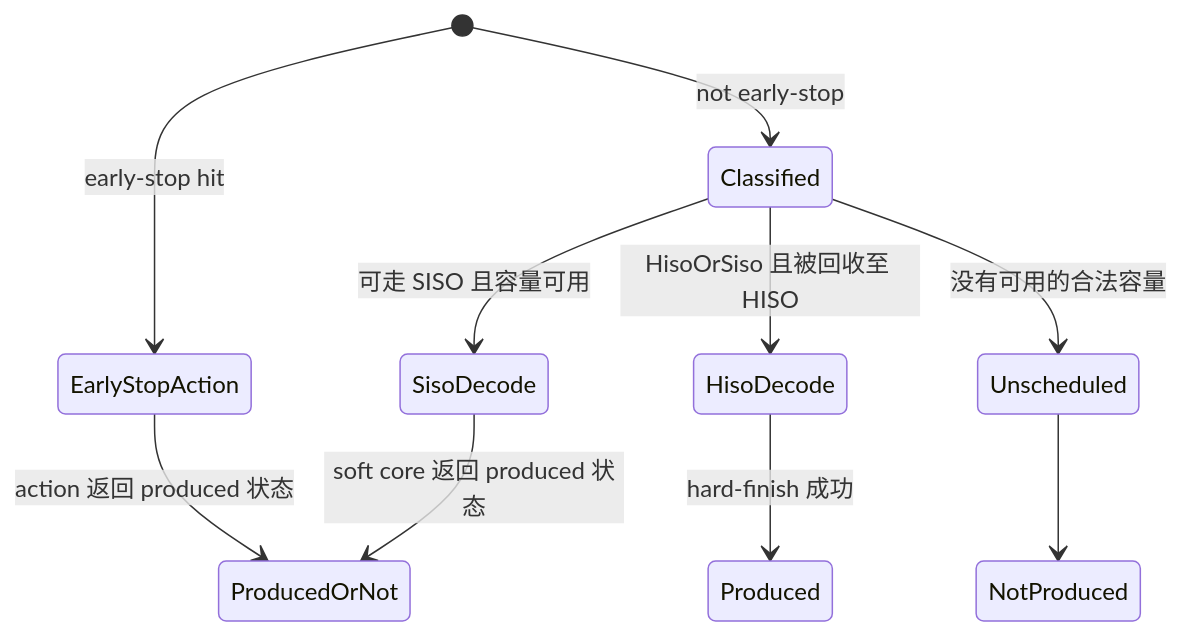
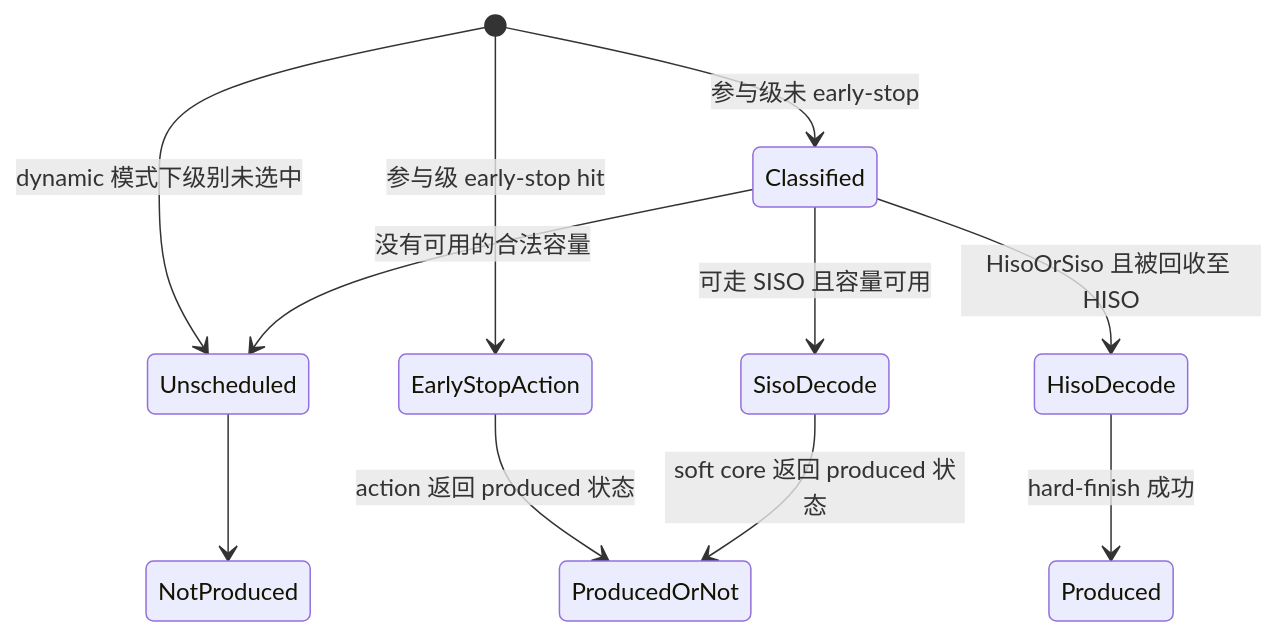
The fourth of 4 diagrams in doc/ofec_level56_shared_decode_flow.md (zsr71/oFEC-HUAWEI), drawn with Mermaid before and after one commit. The commit also changed other lines of this file and 9 other files, not shown here.

Commit message:
更新了按 early-stop 命中数动态只解一级

````diff
--- a/doc/ofec_level56_shared_decode_flow.md
+++ b/doc/ofec_level56_shared_decode_flow.md
@@ -532,12 +612,13 @@
 ```mermaid
 stateDiagram-v2
-    [*] --> EarlyStopAction: early-stop hit
-    [*] --> Classified: not early-stop
+    [*] --> Unscheduled: dynamic 模式下级别未选中
+    [*] --> EarlyStopAction: 参与级 early-stop hit
+    [*] --> Classified: 参与级未 early-stop
     Classified --> HisoDecode: HisoOrSiso 且被回收至 HISO
     Classified --> SisoDecode: 可走 SISO 且容量可用
     Classified --> Unscheduled: 没有可用的合法容量
     EarlyStopAction --> ProducedOrNot: action 返回 produced 状态
     HisoDecode --> Produced: hard-finish 成功
     SisoDecode --> ProducedOrNot: soft core 返回 produced 状态
     Unscheduled --> NotProduced
 ```
````
